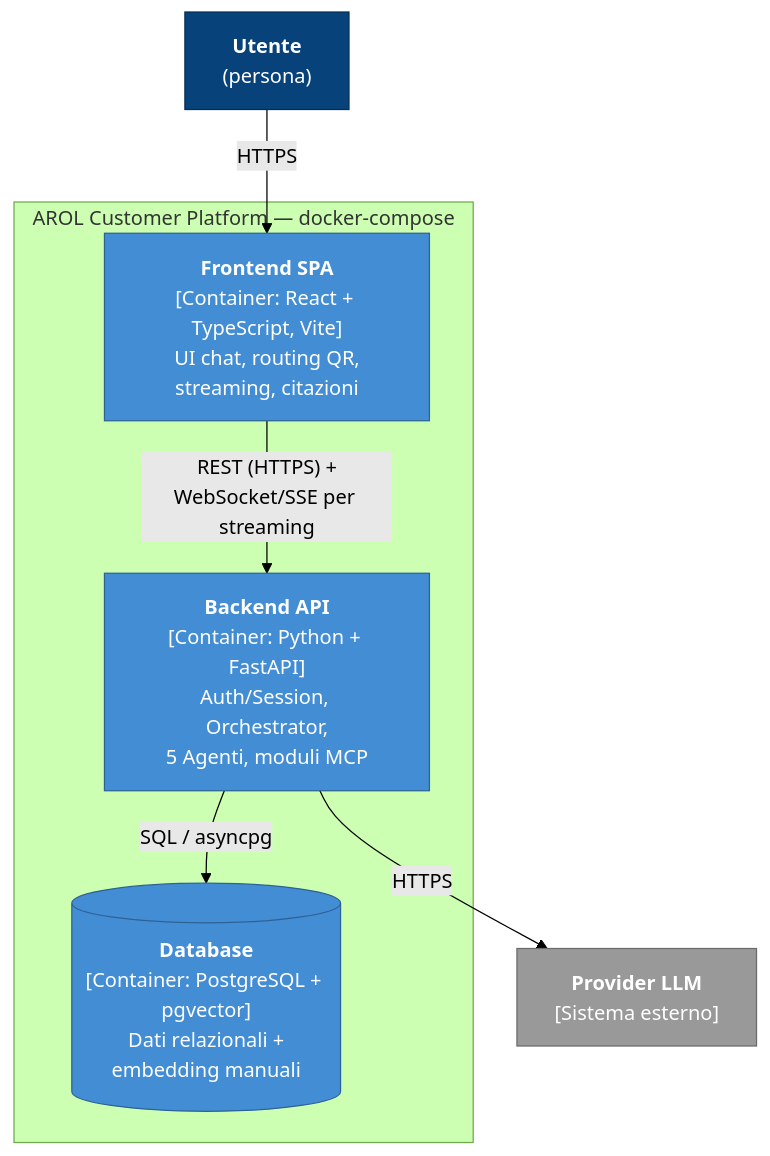
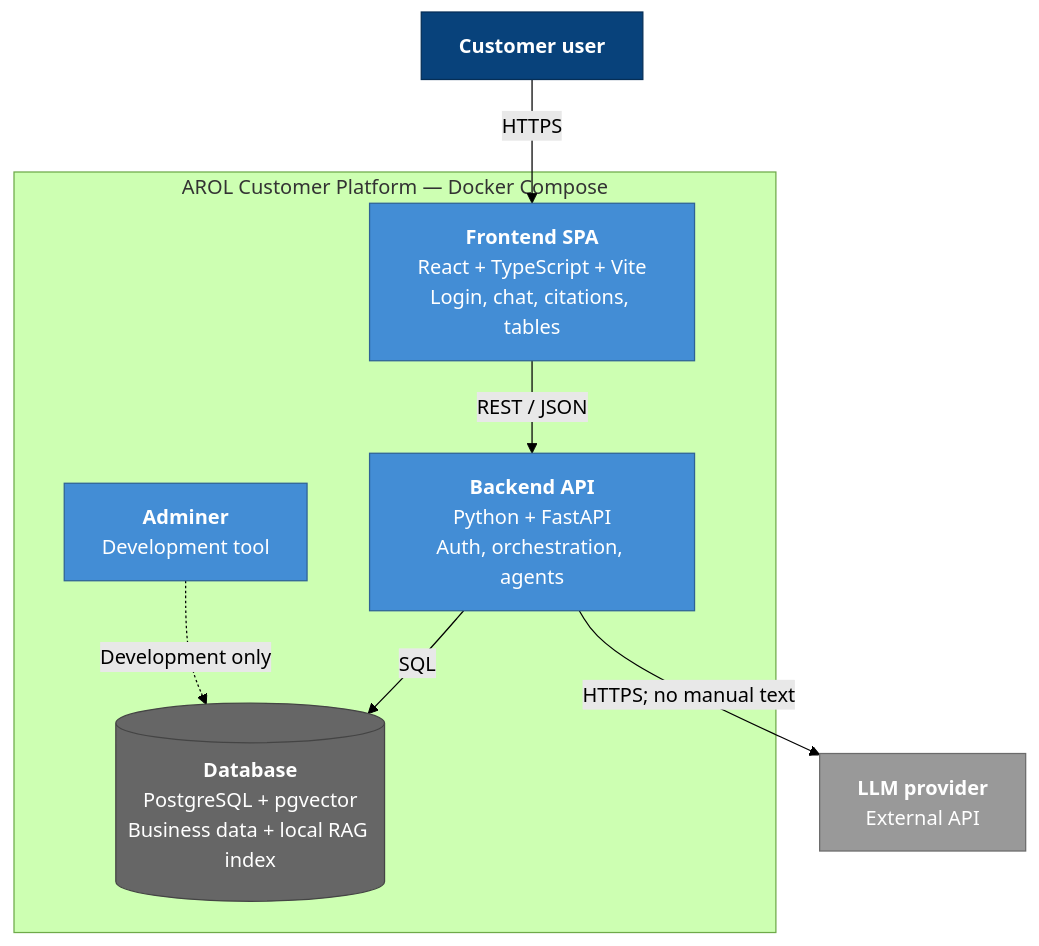
Before and after one commit to alicebucco/arol-project-q2: the diagram in docs/architecture/02-containers.md, drawn with Mermaid (forest theme). The commit also changed other lines of this file and 38 other files, not shown here.

````diff
--- a/docs/architecture/02-containers.md
+++ b/docs/architecture/02-containers.md
@@ -27,22 +24,24 @@
 ```mermaid
 flowchart TB
     classDef person fill:#08427b,stroke:#052e56,color:#ffffff
     classDef container fill:#438dd5,stroke:#2e6295,color:#ffffff
-    classDef db fill:#438dd5,stroke:#2e6295,color:#ffffff
+    classDef db fill:#666666,stroke:#444444,color:#ffffff
     classDef external fill:#999999,stroke:#6b6b6b,color:#ffffff
 
-    User["<b>Utente</b><br/>(persona)"]:::person
+    User["<b>Customer user</b>"]:::person
 
-    subgraph Platform["AROL Customer Platform — docker-compose"]
-        FE["<b>Frontend SPA</b><br/>[Container: React + TypeScript, Vite]<br/>UI chat, routing QR,<br/>streaming, citazioni"]:::container
-        BE["<b>Backend API</b><br/>[Container: Python + FastAPI]<br/>Auth/Session, Orchestrator,<br/>5 Agenti, moduli MCP"]:::container
-        DB[("<b>Database</b><br/>[Container: PostgreSQL + pgvector]<br/>Dati relazionali +<br/>embedding manuali")]:::db
+    subgraph Platform["AROL Customer Platform — Docker Compose"]
+        FE["<b>Frontend SPA</b><br/>React + TypeScript + Vite<br/>Login, chat, citations, tables"]:::container
+        BE["<b>Backend API</b><br/>Python + FastAPI<br/>Auth, orchestration, agents"]:::container
+        DB[("<b>Database</b><br/>PostgreSQL + pgvector<br/>Business data + local RAG index")]:::db
+        Adminer["<b>Adminer</b><br/>Development tool"]:::container
     end
 
-    LLM["<b>Provider LLM</b><br/>[Sistema esterno]"]:::external
+    LLM["<b>LLM provider</b><br/>External API"]:::external
 
     User -->|"HTTPS"| FE
-    FE -->|"REST (HTTPS) +<br/>WebSocket/SSE per streaming"| BE
-    BE -->|"SQL / asyncpg"| DB
-    BE -->|"HTTPS"| LLM
+    FE -->|"REST / JSON"| BE
+    BE -->|"SQL"| DB
+    Adminer -.->|"Development only"| DB
+    BE -->|"HTTPS; no manual text"| LLM
 ```
````
